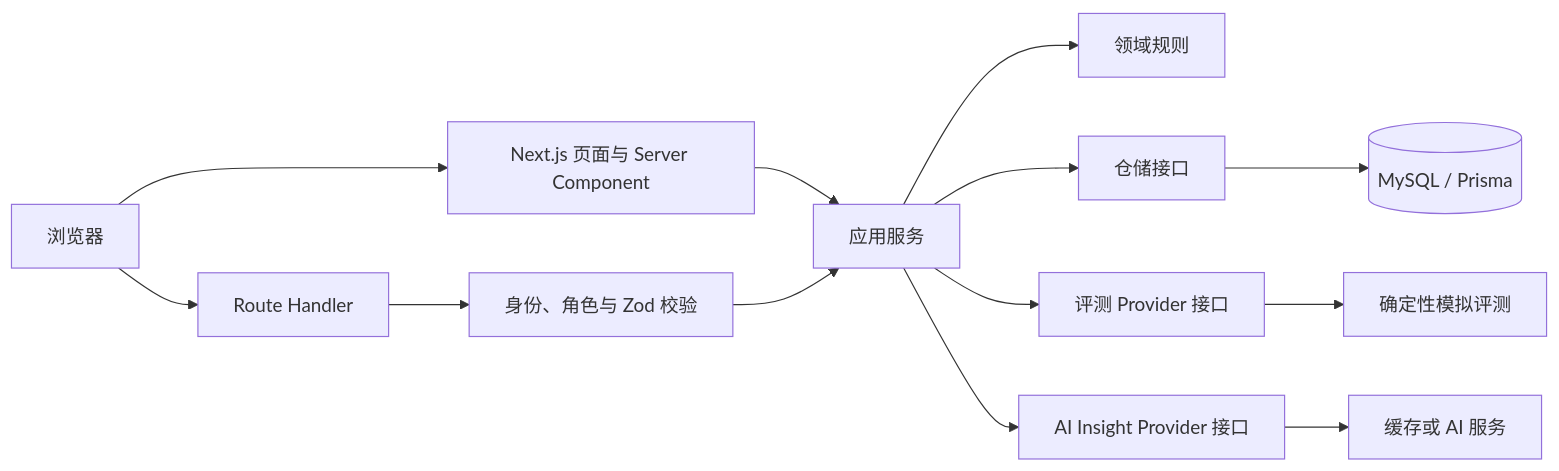
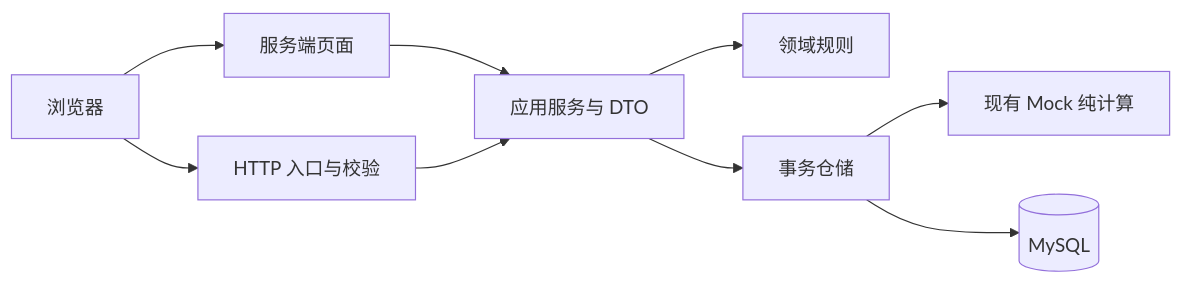
Before and after one commit to try-one-try/simeval-app: the diagram in docs/architecture.md, drawn with Mermaid. The commit also changed other lines of this file and 53 other files, not shown here.

````diff
--- a/docs/architecture.md
+++ b/docs/architecture.md
@@ -24,15 +23,11 @@
-```mermaid
+~~~mermaid
 flowchart LR
-  B[浏览器] --> P[Next.js 页面与 Server Component]
-  B --> H[Route Handler]
-  P --> A[应用服务]
-  H --> V[身份、角色与 Zod 校验]
-  V --> A
+  B[浏览器] --> P[服务端页面]
+  B --> H[HTTP 入口与校验]
+  P --> A[应用服务与 DTO]
+  H --> A
   A --> D[领域规则]
-  A --> R[仓储接口]
-  A --> E[评测 Provider 接口]
-  A --> I[AI Insight Provider 接口]
-  R --> DB[(MySQL / Prisma)]
-  E --> M[确定性模拟评测]
-  I --> C[缓存或 AI 服务]
-```
+  A --> R[事务仓储]
+  R --> E[现有 Mock 纯计算]
+  R --> DB[(MySQL)]
+~~~
````
